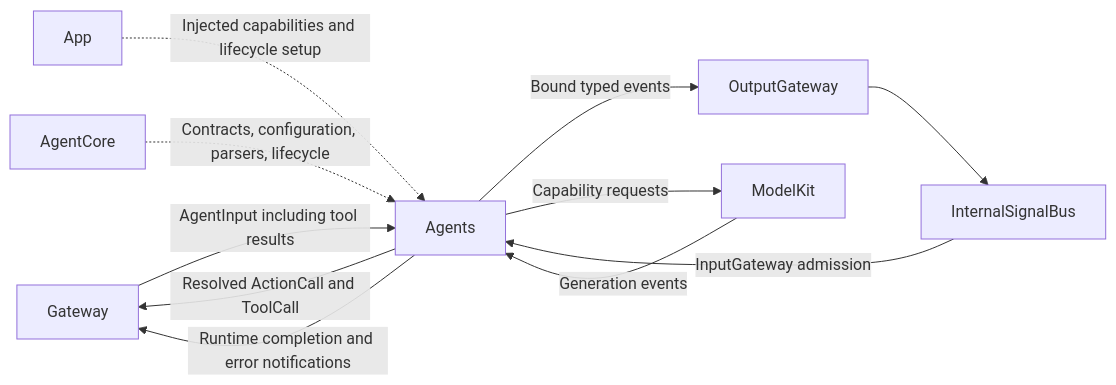
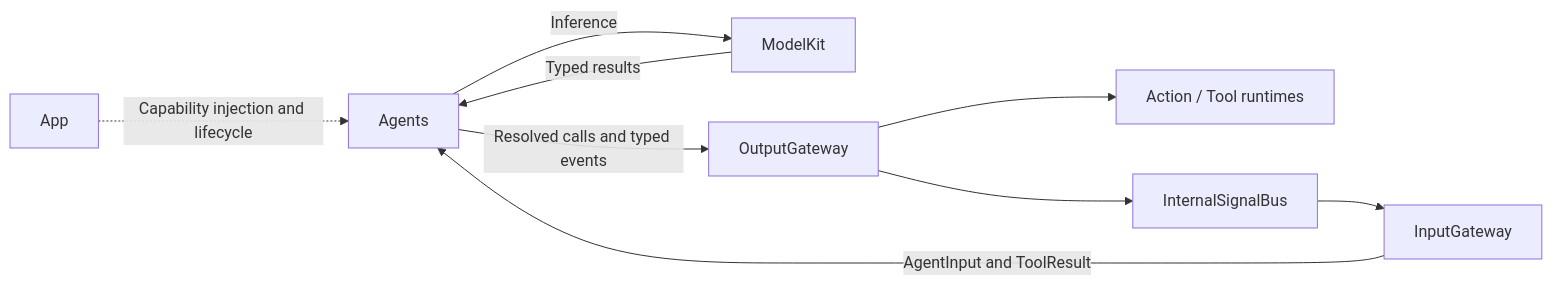
One commit to devilyouwei/MobileHarness changed the first of 2 diagrams in MobileHarness/Agents/README.md. Above: the diagram before and after it, drawn with Mermaid. The commit also changed other lines of this file and 53 other files, not shown here.

````diff
--- a/MobileHarness/Agents/README.md
+++ b/MobileHarness/Agents/README.md
@@ -9,13 +23,11 @@
 ```mermaid
 flowchart LR
-    Gateway -->|AgentInput including tool results| Agents
-    Agents -->|Resolved ActionCall and ToolCall| Gateway
-    Agents -->|Runtime completion and error notifications| Gateway
-    Agents -->|Bound typed events| OutputGateway
-    OutputGateway --> Bus[InternalSignalBus]
-    Bus -->|InputGateway admission| Agents
-    Agents -->|Capability requests| ModelKit
-    ModelKit -->|Generation events| Agents
-    App -.->|Injected capabilities and lifecycle setup| Agents
-    AgentCore -.->|Contracts, configuration, parsers, lifecycle| Agents
+    App -.->|Capability injection and lifecycle| Agents
+    Input[InputGateway] -->|AgentInput and ToolResult| Agents
+    Agents -->|Inference| ModelKit
+    ModelKit -->|Typed results| Agents
+    Agents -->|Resolved calls and typed events| Output[OutputGateway]
+    Output --> Runtime[Action / Tool runtimes]
+    Output --> Bus[InternalSignalBus]
+    Bus --> Input
 ```
````
